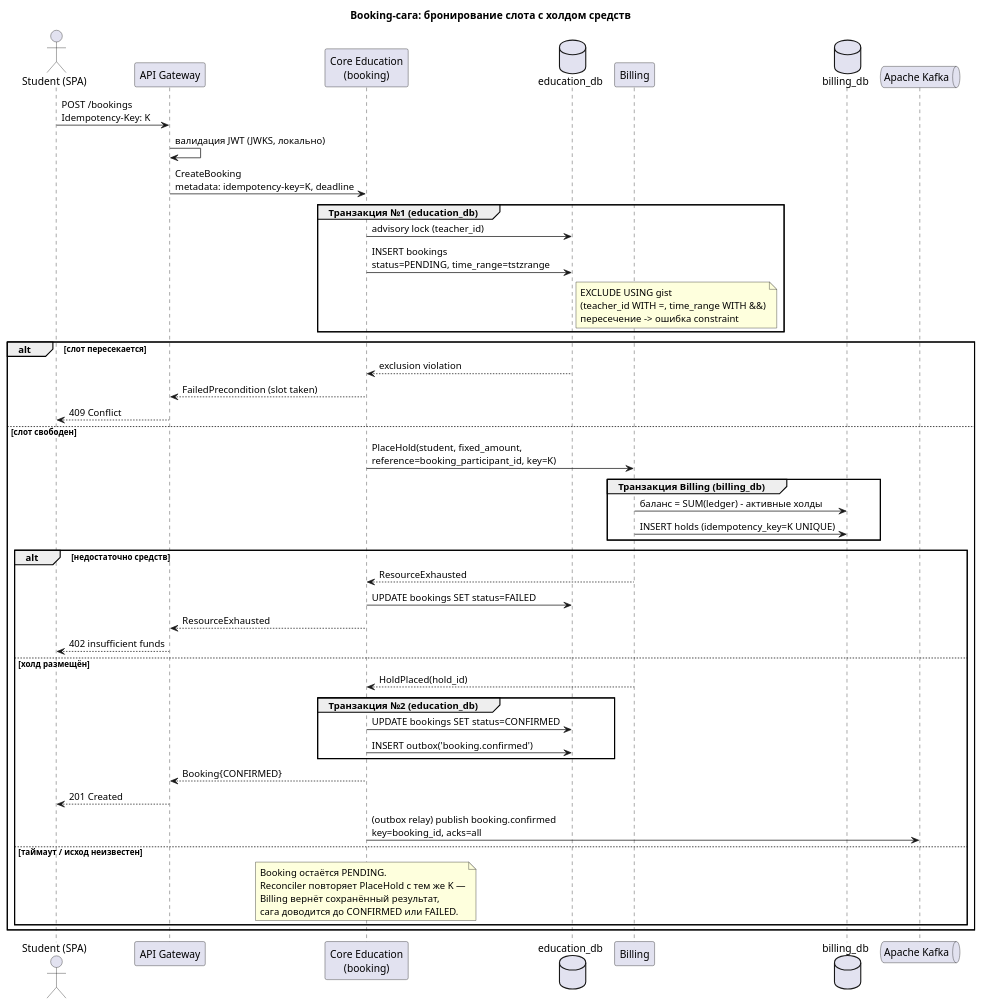
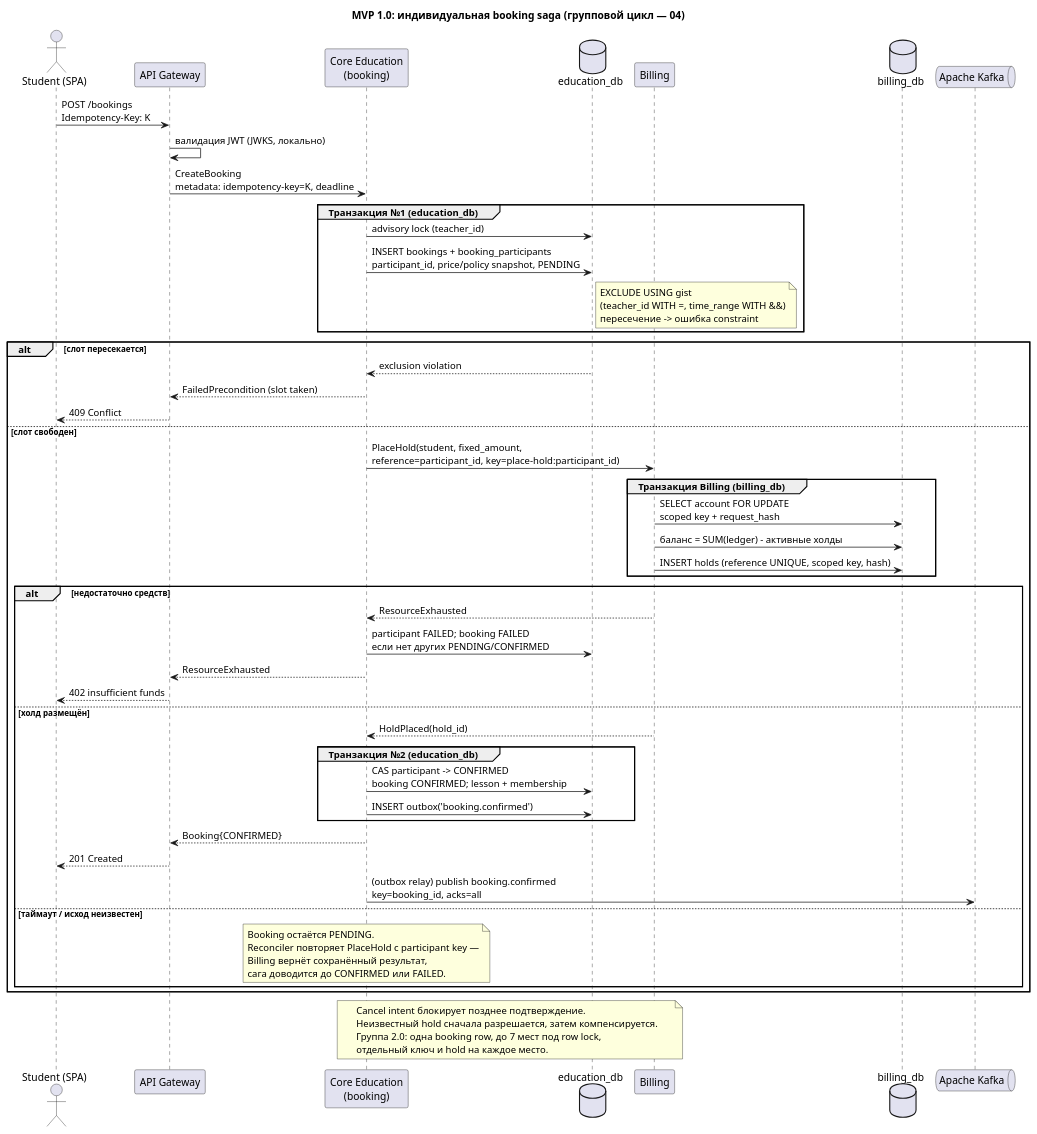
Before and after one commit to trajectory-platform/architeture: the diagram in Системный анализ/diagrams/sequence/booking-saga.puml, drawn with PlantUML. The commit also changed 65 other files, not shown here.

```diff
--- a/Системный анализ/diagrams/sequence/booking-saga.puml
+++ b/Системный анализ/diagrams/sequence/booking-saga.puml
@@ -1,60 +1,67 @@
 @startuml booking-saga
-title Booking-сага: бронирование слота с холдом средств
+title MVP 1.0: индивидуальная booking saga (групповой цикл — 04)
 
 actor "Student (SPA)" as spa
 participant "API Gateway" as gw
 participant "Core Education\n(booking)" as core
 database "education_db" as edb
 participant "Billing" as billing
 database "billing_db" as bdb
 queue "Apache Kafka" as kafka
 
 spa -> gw: POST /bookings\nIdempotency-Key: K
 gw -> gw: валидация JWT (JWKS, локально)
 gw -> core: CreateBooking\nmetadata: idempotency-key=K, deadline
 
 group Транзакция №1 (education_db)
   core -> edb: advisory lock (teacher_id)
-  core -> edb: INSERT bookings\nstatus=PENDING, time_range=tstzrange
+  core -> edb: INSERT bookings + booking_participants\nparticipant_id, price/policy snapshot, PENDING
   note right of edb
     EXCLUDE USING gist
     (teacher_id WITH =, time_range WITH &&)
     пересечение -> ошибка constraint
   end note
 end
 
 alt слот пересекается
   edb --> core: exclusion violation
   core --> gw: FailedPrecondition (slot taken)
   gw --> spa: 409 Conflict
 else слот свободен
-  core -> billing: PlaceHold(student, fixed_amount,\nreference=booking_participant_id, key=K)
+  core -> billing: PlaceHold(student, fixed_amount,\nreference=participant_id, key=place-hold:participant_id)
   group Транзакция Billing (billing_db)
+    billing -> bdb: SELECT account FOR UPDATE\nscoped key + request_hash
     billing -> bdb: баланс = SUM(ledger) - активные холды
-    billing -> bdb: INSERT holds (idempotency_key=K UNIQUE)
+    billing -> bdb: INSERT holds (reference UNIQUE, scoped key, hash)
   end
 
   alt недостаточно средств
     billing --> core: ResourceExhausted
-    core -> edb: UPDATE bookings SET status=FAILED
+    core -> edb: participant FAILED; booking FAILED\nесли нет других PENDING/CONFIRMED
     core --> gw: ResourceExhausted
     gw --> spa: 402 insufficient funds
   else холд размещён
     billing --> core: HoldPlaced(hold_id)
     group Транзакция №2 (education_db)
-      core -> edb: UPDATE bookings SET status=CONFIRMED
+      core -> edb: CAS participant -> CONFIRMED\nbooking CONFIRMED; lesson + membership
       core -> edb: INSERT outbox('booking.confirmed')
     end
     core --> gw: Booking{CONFIRMED}
     gw --> spa: 201 Created
     core -> kafka: (outbox relay) publish booking.confirmed\nkey=booking_id, acks=all
   else таймаут / исход неизвестен
     note over core
       Booking остаётся PENDING.
-      Reconciler повторяет PlaceHold с тем же K —
+      Reconciler повторяет PlaceHold с participant key —
       Billing вернёт сохранённый результат,
       сага доводится до CONFIRMED или FAILED.
     end note
   end
 end
+note over core,billing
+  Cancel intent блокирует позднее подтверждение.
+  Неизвестный hold сначала разрешается, затем компенсируется.
+  Группа 2.0: одна booking row, до 7 мест под row lock,
+  отдельный ключ и hold на каждое место.
+end note
 @enduml
```
